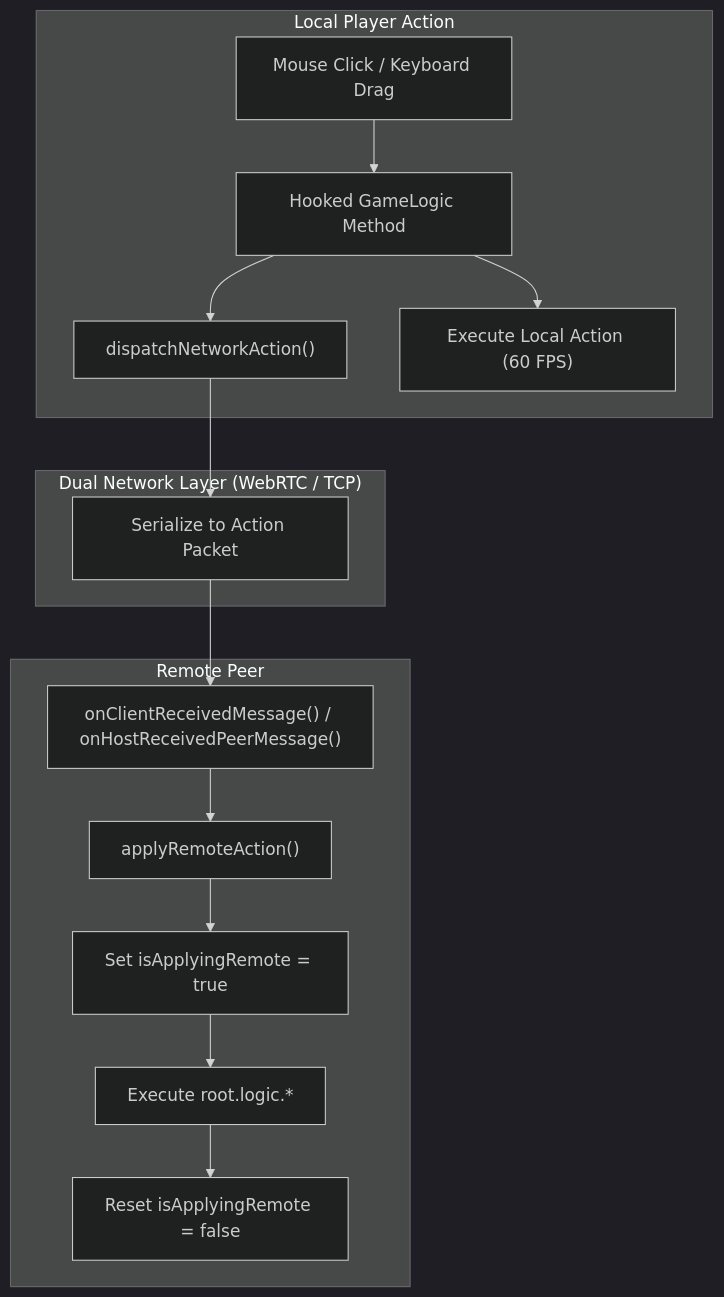
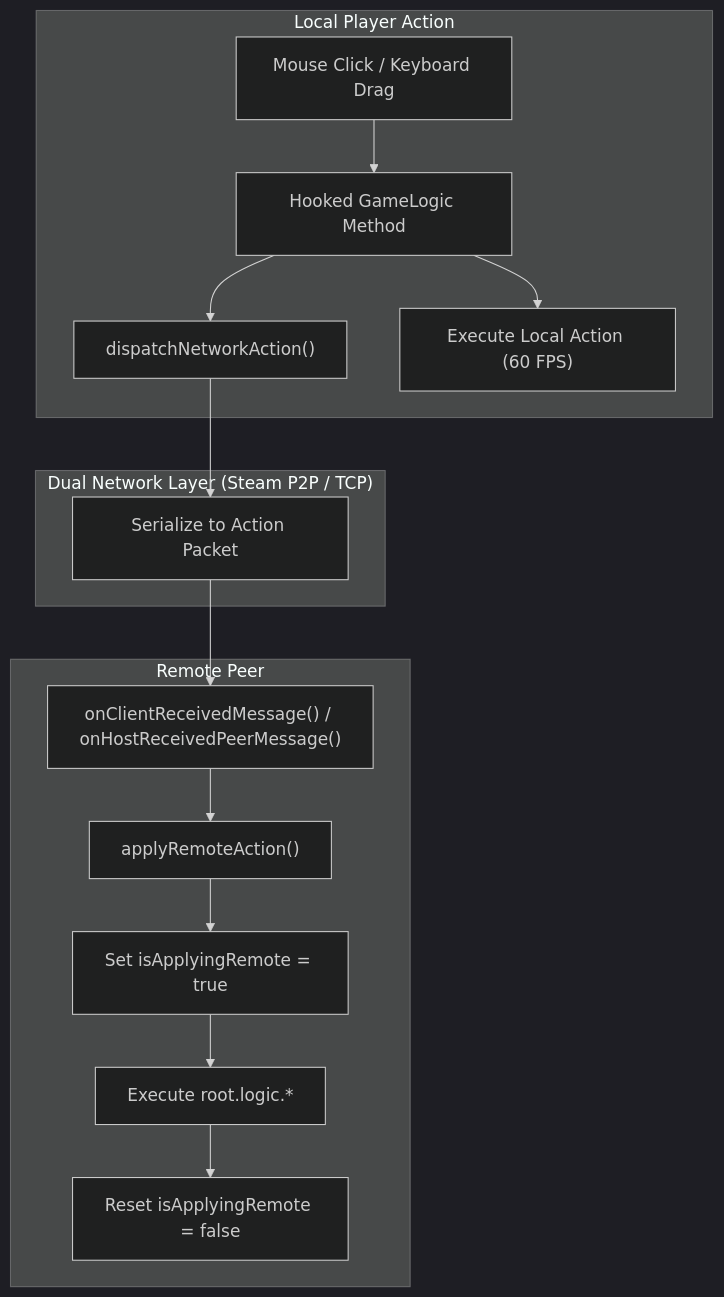
The diagram in docs/technical-design/synchronization-engine.md (mjyousif/shapez-steam-multiplayer-mod), drawn with Mermaid (dark theme) before and after one commit. The commit also changed 8 other files, not shown here.

````diff
--- a/docs/technical-design/synchronization-engine.md
+++ b/docs/technical-design/synchronization-engine.md
@@ -15,24 +15,24 @@
 ```mermaid
 flowchart TD
     subgraph LocalPlayer["Local Player Action"]
         UI["Mouse Click / Keyboard Drag"]
         EngineHook["Hooked GameLogic Method"]
         NetworkDispatch["dispatchNetworkAction()"]
         LocalApply["Execute Local Action (60 FPS)"]
         UI --> EngineHook
         EngineHook --> LocalApply
         EngineHook --> NetworkDispatch
     end
 
-    subgraph Network["Dual Network Layer (WebRTC / TCP)"]
+    subgraph Network["Dual Network Layer (Steam P2P / TCP)"]
         NetworkDispatch --> Transit["Serialize to Action Packet"]
     end
 
     subgraph RemotePeer["Remote Peer"]
         Transit --> Receive["onClientReceivedMessage() / onHostReceivedPeerMessage()"]
         Receive --> RemoteApply["applyRemoteAction()"]
         RemoteApply --> SafeGuard["Set isApplyingRemote = true"]
         SafeGuard --> GameLogic["Execute root.logic.*"]
         GameLogic --> ResetGuard["Reset isApplyingRemote = false"]
     end
 ```
````
